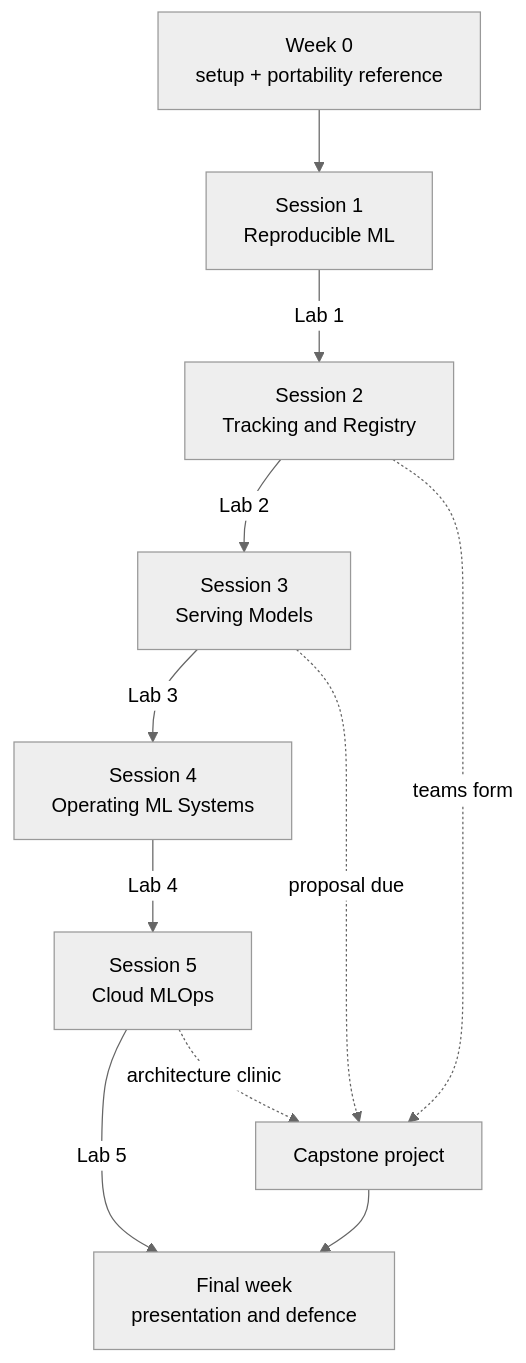
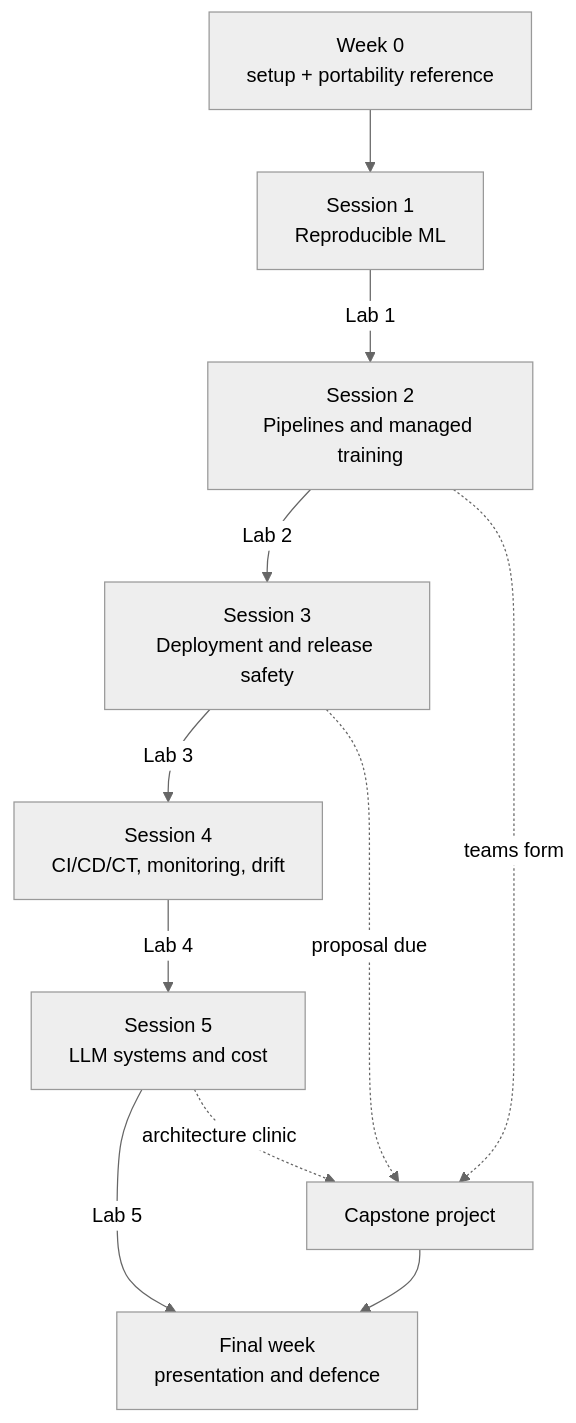
One commit to pasdptt/public_teaching_mlaiops changed the diagram in course/README.md. Above: the diagram before and after it, drawn with Mermaid (neutral theme). The commit also changed other lines of this file and 16 other files, not shown here.

````diff
--- a/course/README.md
+++ b/course/README.md
@@ -22,13 +22,13 @@
 ```mermaid
 flowchart TD
     W0["Week 0<br>setup + portability reference"] --> S1
-    S1["Session 1<br>Reproducible ML"] -->|Lab 1| S2["Session 2<br>Tracking and Registry"]
-    S2 -->|Lab 2| S3["Session 3<br>Serving Models"]
-    S3 -->|Lab 3| S4["Session 4<br>Operating ML Systems"]
-    S4 -->|Lab 4| S5["Session 5<br>Cloud MLOps"]
+    S1["Session 1<br>Reproducible ML"] -->|Lab 1| S2["Session 2<br>Pipelines and managed training"]
+    S2 -->|Lab 2| S3["Session 3<br>Deployment and release safety"]
+    S3 -->|Lab 3| S4["Session 4<br>CI/CD/CT, monitoring, drift"]
+    S4 -->|Lab 4| S5["Session 5<br>LLM systems and cost"]
     S5 -->|Lab 5| F["Final week<br>presentation and defence"]
     S2 -.->|teams form| PR["Capstone project"]
     S3 -.->|proposal due| PR
     S5 -.->|architecture clinic| PR
     PR --> F
 ```
````
